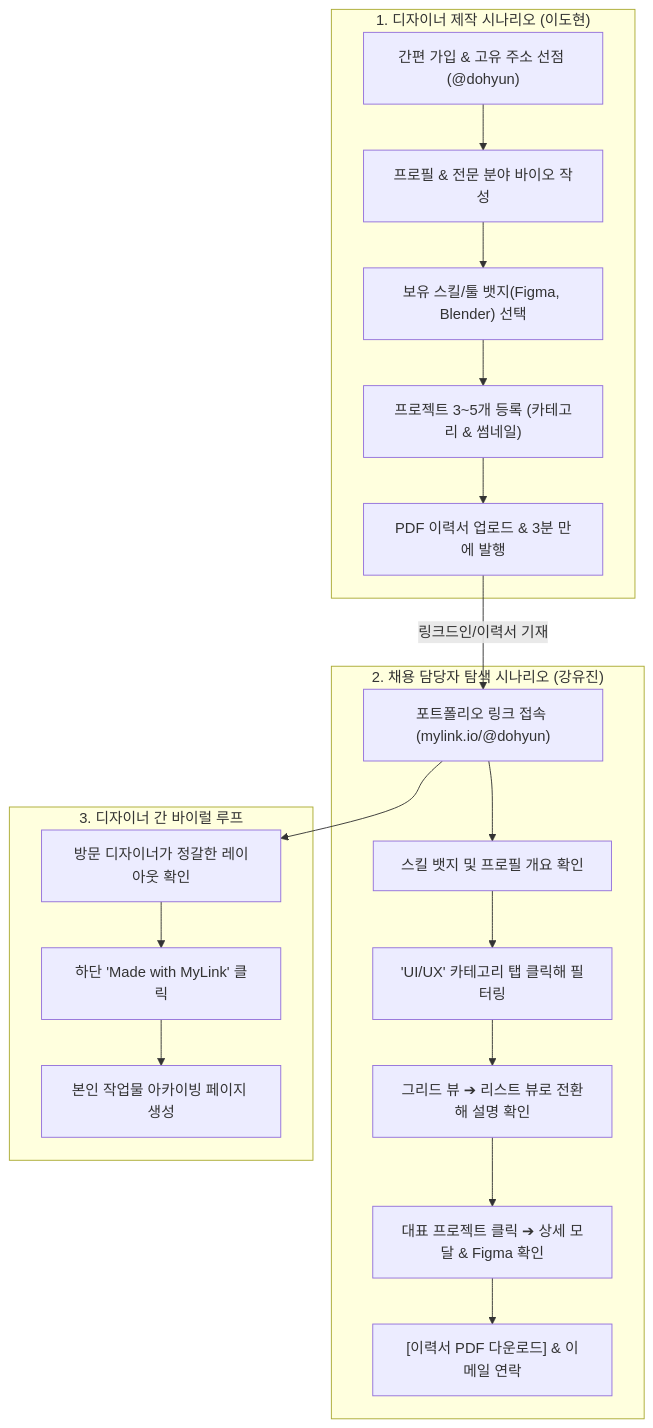
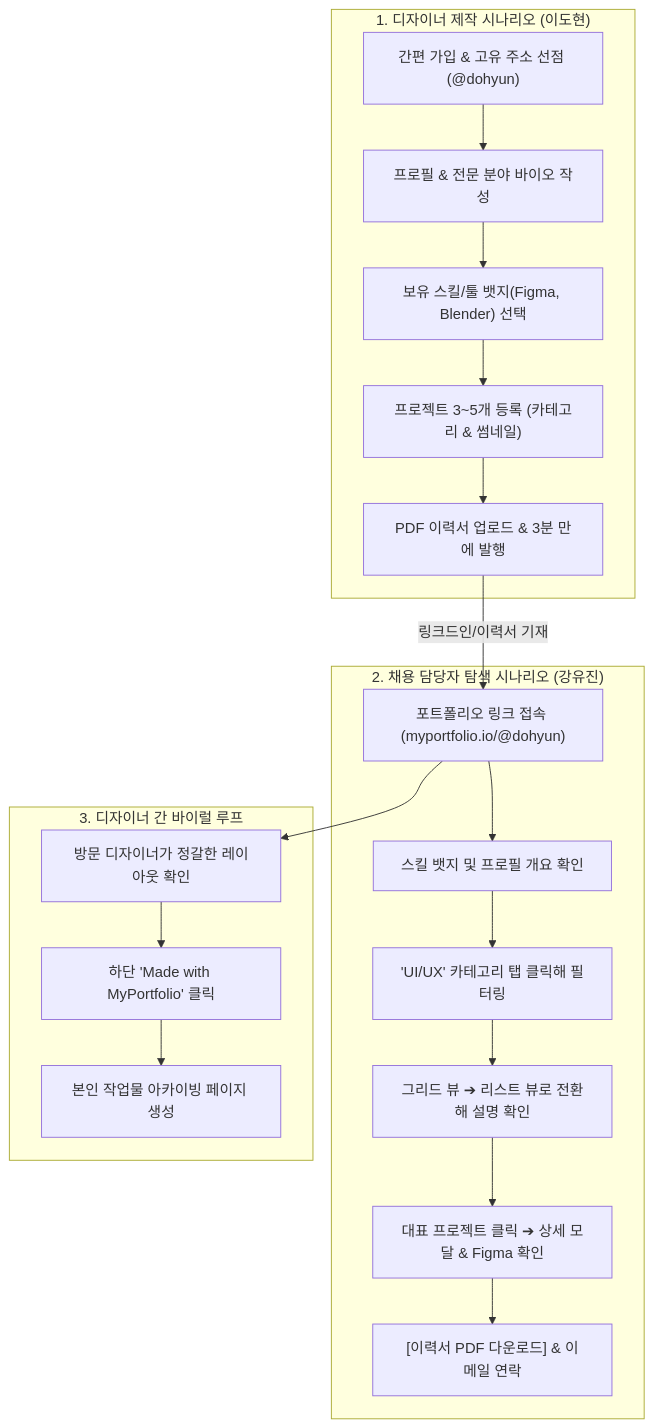
Before and after one commit to nxjiwxx/my-link-2026: the diagram in PRD.md, drawn with Mermaid. The commit also changed other lines of this file and 37 other files, not shown here.

````diff
--- a/PRD.md
+++ b/PRD.md
@@ -40,25 +40,25 @@
 ```mermaid
 flowchart TD
     subgraph DesignerOnboarding["1. 디자이너 제작 시나리오 (이도현)"]
         D1["간편 가입 & 고유 주소 선점 (@dohyun)"] --> D2["프로필 & 전문 분야 바이오 작성"]
         D2 --> D3["보유 스킬/툴 뱃지(Figma, Blender) 선택"]
         D3 --> D4["프로젝트 3~5개 등록 (카테고리 & 썸네일)"]
         D4 --> D5["PDF 이력서 업로드 & 3분 만에 발행"]
     end
 
     subgraph RecruiterExploration["2. 채용 담당자 탐색 시나리오 (강유진)"]
-        R1["포트폴리오 링크 접속 (mylink.io/@dohyun)"] --> R2["스킬 뱃지 및 프로필 개요 확인"]
+        R1["포트폴리오 링크 접속 (myportfolio.io/@dohyun)"] --> R2["스킬 뱃지 및 프로필 개요 확인"]
         R2 --> R3["'UI/UX' 카테고리 탭 클릭해 필터링"]
         R3 --> R4["그리드 뷰 ➔ 리스트 뷰로 전환해 설명 확인"]
         R4 --> R5["대표 프로젝트 클릭 ➔ 상세 모달 & Figma 확인"]
         R5 --> R6["[이력서 PDF 다운로드] & 이메일 연락"]
     end
 
     subgraph ViralGrowth["3. 디자이너 간 바이럴 루프"]
-        V1["방문 디자이너가 정갈한 레이아웃 확인"] --> V2["하단 'Made with MyLink' 클릭"]
+        V1["방문 디자이너가 정갈한 레이아웃 확인"] --> V2["하단 'Made with MyPortfolio' 클릭"]
         V2 --> V3["본인 작업물 아카이빙 페이지 생성"]
     end
 
     D5 -->|링크드인/이력서 기재| R1
     R1 --> V1
 ```
````
